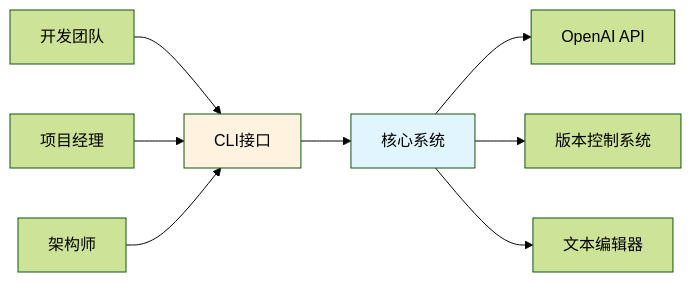
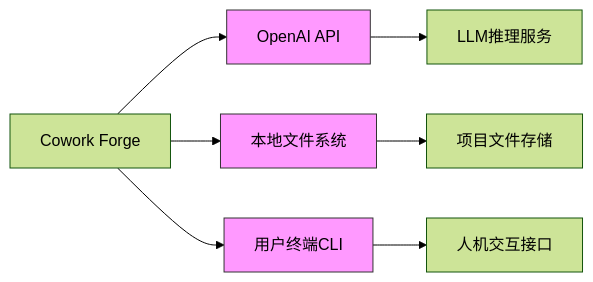
The third of 11 diagrams in litho.docs/zh/2、架构概览.md (sopaco/cowork-forge), drawn with Mermaid (forest theme) before and after one commit. The commit also changed other lines of this file and 34 other files, not shown here.

````diff
--- a/litho.docs/zh/2、架构概览.md
+++ b/litho.docs/zh/2、架构概览.md
@@ -40,14 +76,13 @@
 ```mermaid
 graph LR
-    DEV[开发团队] --> CLI[CLI接口]
-    PM[项目经理] --> CLI
-    ARCH[架构师] --> CLI
+    A[Cowork Forge] --> B[OpenAI API]
+    A --> C[本地文件系统]
+    A --> D[用户终端CLI]
     
-    CLI --> CORE[核心系统]
-    CORE --> EXT1[OpenAI API]
-    CORE --> EXT2[版本控制系统]
-    CORE --> EXT3[文本编辑器]
+    B --> E[LLM推理服务]
+    C --> F[项目文件存储]
+    D --> G[人机交互接口]
     
-    style CLI fill:#fff3e0
-    style CORE fill:#e1f5fe
+    classDef external fill:#f9f,stroke:#333
+    class B,C,D external
 ```
````
